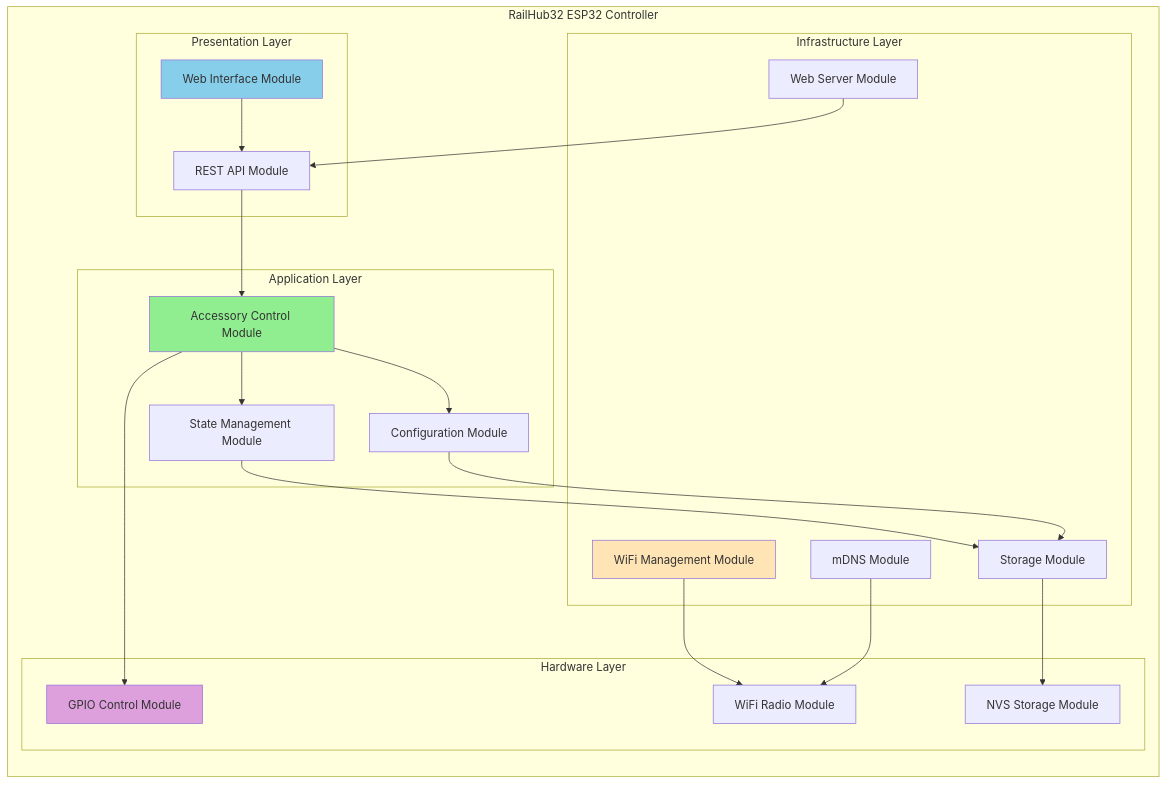
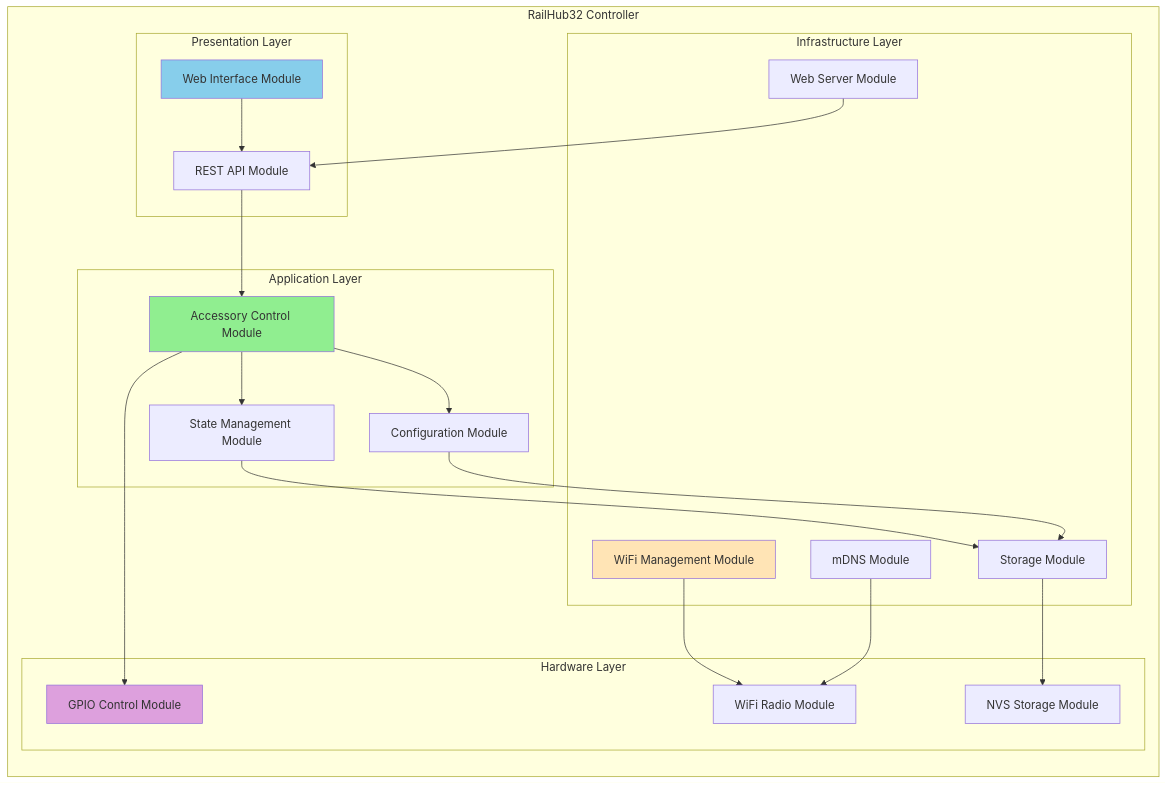
Before and after one commit to Mark-Ortner-NRW/RailHub32-ESP32-Firmware: the first of 12 diagrams in arc42/05_building_block_view.md, drawn with Mermaid. The commit also changed 12 other files, not shown here.

Commit message:
Refactor product naming and documentation for consistency across the RailHub32 project

````diff
--- a/arc42/05_building_block_view.md
+++ b/arc42/05_building_block_view.md
@@ -7,50 +7,50 @@
 ```mermaid
 graph TB
-    subgraph "RailHub32 ESP32 Controller"
+    subgraph "RailHub32 Controller"
         direction TB
         
         subgraph "Presentation Layer"
             UI[Web Interface Module]
             API[REST API Module]
         end
         
         subgraph "Application Layer"
             AC[Accessory Control Module]
             SM[State Management Module]
             CM[Configuration Module]
         end
         
         subgraph "Infrastructure Layer"
             WM[WiFi Management Module]
             WS[Web Server Module]
             MD[mDNS Module]
             ST[Storage Module]
         end
         
         subgraph "Hardware Layer"
             GPIO[GPIO Control Module]
             NVS[NVS Storage Module]
             WIFI[WiFi Radio Module]
         end
     end
     
     UI --> API
     API --> AC
     AC --> SM
     AC --> CM
     
     SM --> ST
     CM --> ST
     
     WM --> WIFI
     WS --> API
     MD --> WIFI
     ST --> NVS
     
     AC --> GPIO
     
     style UI fill:#87CEEB
     style AC fill:#90EE90
     style WM fill:#FFE4B5
     style GPIO fill:#DDA0DD
 ```
````
